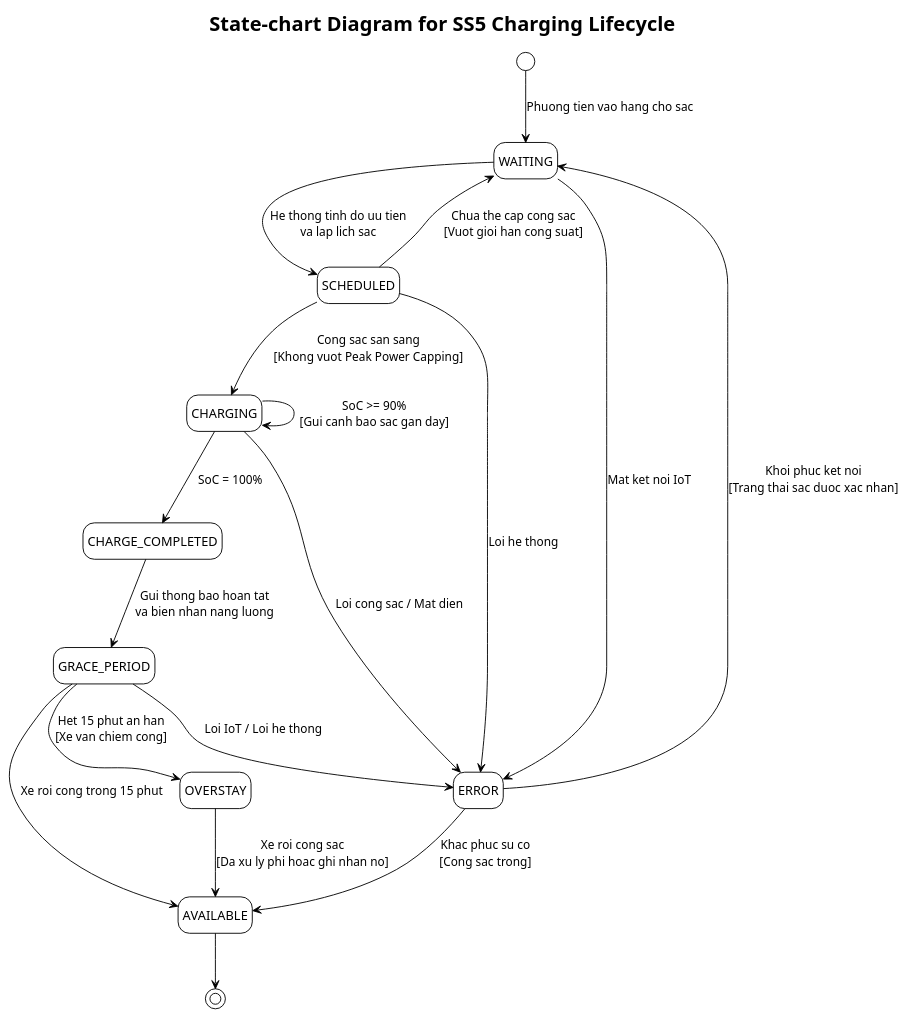
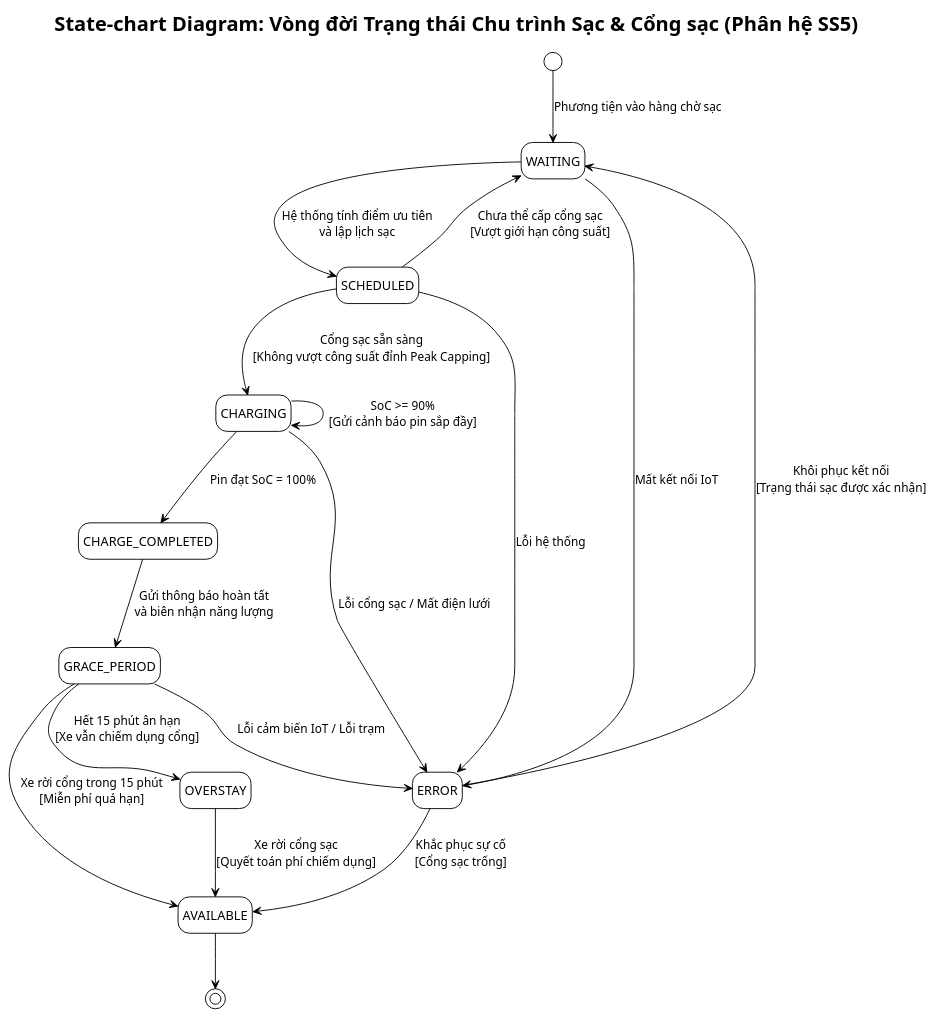
The diagram in docs/diagrams/Use-case detail-scenario/SS5/State-chart diagrams/UC_SS5_DuongDangKhoa_statechart.puml (Dat-nguyen195/BTL_1_CNPM), drawn with PlantUML before and after one commit. The commit also changed 4 other files, not shown here.

Commit message:
fix(report): synchronize state-charts with specification tables (Task 3)

```diff
--- a/docs/diagrams/Use-case detail-scenario/SS5/State-chart diagrams/UC_SS5_DuongDangKhoa_statechart.puml
+++ b/docs/diagrams/Use-case detail-scenario/SS5/State-chart diagrams/UC_SS5_DuongDangKhoa_statechart.puml
@@ -2,42 +2,42 @@
 @startuml SS5_DuongDangKhoa_statechart
 !theme plain
 hide empty description
 
-title State-chart Diagram for SS5 Charging Lifecycle
+title State-chart Diagram: Vòng đời Trạng thái Chu trình Sạc & Cổng sạc (Phân hệ SS5)
 
-[*] --> WAITING : Phuong tien vao hang cho sac
+[*] --> WAITING : Phương tiện vào hàng chờ sạc
 
 state WAITING
 state SCHEDULED
 state CHARGING
 state CHARGE_COMPLETED
 state GRACE_PERIOD
 state AVAILABLE
 state OVERSTAY
 state ERROR
 
-WAITING --> SCHEDULED : He thong tinh do uu tien\nva lap lich sac
-SCHEDULED --> CHARGING : Cong sac san sang\n[Khong vuot Peak Power Capping]
-SCHEDULED --> WAITING : Chua the cap cong sac\n[Vuot gioi han cong suat]
+WAITING --> SCHEDULED : Hệ thống tính điểm ưu tiên\nvà lập lịch sạc
+SCHEDULED --> CHARGING : Cổng sạc sẵn sàng\n[Không vượt công suất đỉnh Peak Capping]
+SCHEDULED --> WAITING : Chưa thể cấp cổng sạc\n[Vượt giới hạn công suất]
 
-CHARGING --> CHARGE_COMPLETED : SoC = 100%
-CHARGING --> CHARGING : SoC >= 90%\n[Gui canh bao sac gan day]
+CHARGING --> CHARGE_COMPLETED : Pin đạt SoC = 100%
+CHARGING --> CHARGING : SoC >= 90%\n[Gửi cảnh báo pin sắp đầy]
 
-CHARGE_COMPLETED --> GRACE_PERIOD : Gui thong bao hoan tat\nva bien nhan nang luong
+CHARGE_COMPLETED --> GRACE_PERIOD : Gửi thông báo hoàn tất\nvà biên nhận năng lượng
 
-GRACE_PERIOD --> AVAILABLE : Xe roi cong trong 15 phut
-GRACE_PERIOD --> OVERSTAY : Het 15 phut an han\n[Xe van chiem cong]
+GRACE_PERIOD --> AVAILABLE : Xe rời cổng trong 15 phút\n[Miễn phí quá hạn]
+GRACE_PERIOD --> OVERSTAY : Hết 15 phút ân hạn\n[Xe vẫn chiếm dụng cổng]
 
-OVERSTAY --> AVAILABLE : Xe roi cong sac\n[Da xu ly phi hoac ghi nhan no]
+OVERSTAY --> AVAILABLE : Xe rời cổng sạc\n[Quyết toán phí chiếm dụng]
 
-WAITING --> ERROR : Mat ket noi IoT
-SCHEDULED --> ERROR : Loi he thong
-CHARGING --> ERROR : Loi cong sac / Mat dien
-GRACE_PERIOD --> ERROR : Loi IoT / Loi he thong
+WAITING --> ERROR : Mất kết nối IoT
+SCHEDULED --> ERROR : Lỗi hệ thống
+CHARGING --> ERROR : Lỗi cổng sạc / Mất điện lưới
+GRACE_PERIOD --> ERROR : Lỗi cảm biến IoT / Lỗi trạm
 
-ERROR --> WAITING : Khoi phuc ket noi\n[Trang thai sac duoc xac nhan]
-ERROR --> AVAILABLE : Khac phuc su co\n[Cong sac trong]
+ERROR --> WAITING : Khôi phục kết nối\n[Trạng thái sạc được xác nhận]
+ERROR --> AVAILABLE : Khắc phục sự cố\n[Cổng sạc trống]
 
 AVAILABLE --> [*]
 
 @enduml
```
